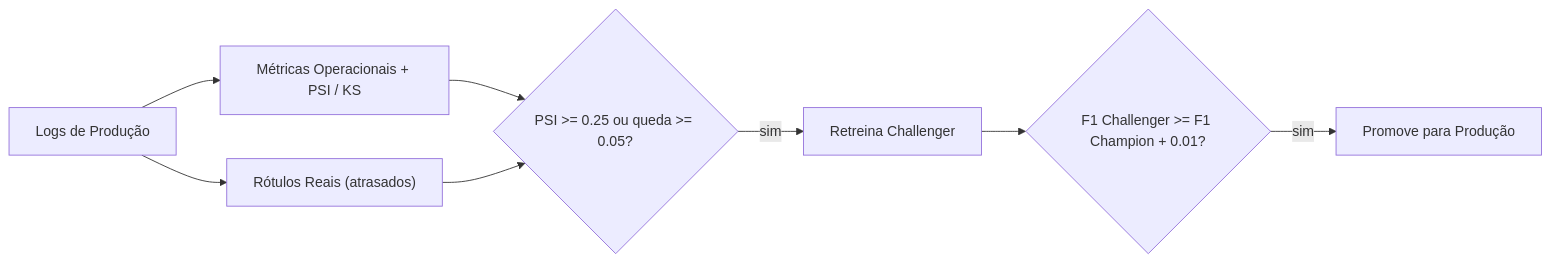
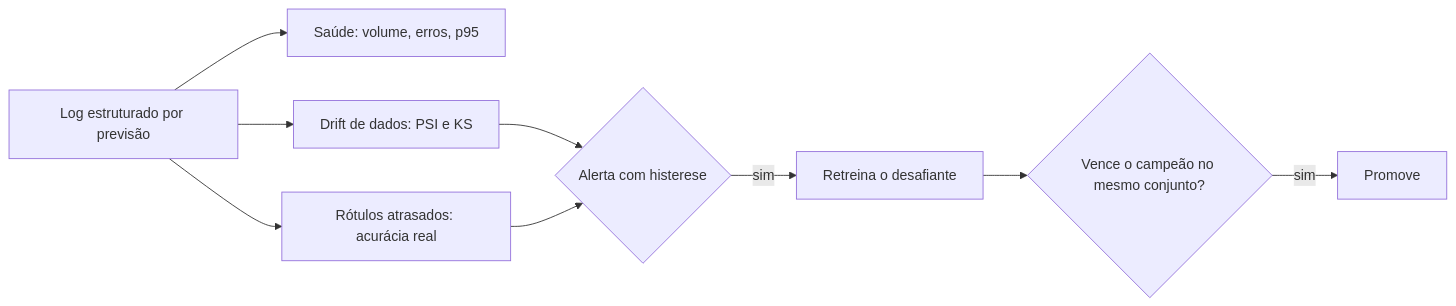
One commit to Lip3Bazinga/v0-level-usp-project changed the diagram in content/cursos/n7-engenharia-de-ia/07-mlops-e-projeto/03-monitoramento-e-drift.lvl.md. Above: the diagram before and after it, drawn with Mermaid. The commit also changed other lines of this file and 3 other files, not shown here.

````diff
--- a/content/cursos/n7-engenharia-de-ia/07-mlops-e-projeto/03-monitoramento-e-drift.lvl.md
+++ b/content/cursos/n7-engenharia-de-ia/07-mlops-e-projeto/03-monitoramento-e-drift.lvl.md
@@ -33,10 +31,11 @@
 ```mermaid
 flowchart LR
-    L["Logs de Produção"] --> M["Métricas Operacionais + PSI / KS"]
-    L --> R["Rótulos Reais (atrasados)"]
-    M --> D{"PSI >= 0.25 ou queda >= 0.05?"}
-    R --> D
-    D -- "sim" --> T["Retreina Challenger"]
-    T --> C{"F1 Challenger >= F1 Champion + 0.01?"}
-    C -- "sim" --> P["Promove para Produção"]
+    L["Log estruturado por previsão"] --> O["Saúde: volume, erros, p95"]
+    L --> D["Drift de dados: PSI e KS"]
+    L --> R["Rótulos atrasados: acurácia real"]
+    D --> A{"Alerta com histerese"}
+    R --> A
+    A -- "sim" --> T["Retreina o desafiante"]
+    T --> C{"Vence o campeão no mesmo conjunto?"}
+    C -- "sim" --> P["Promove"]
 ```
````
